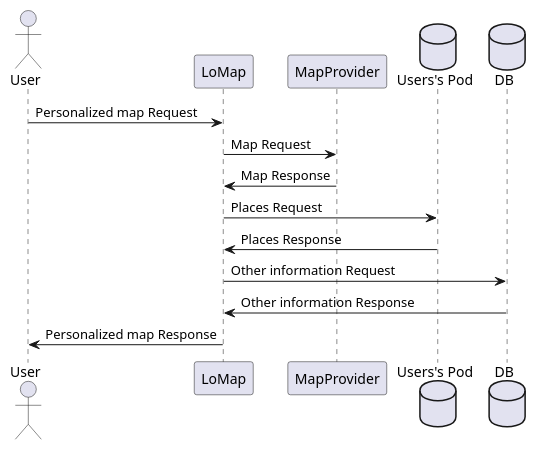
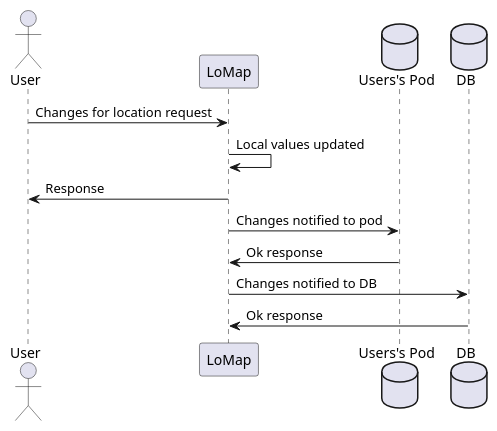
Before and after one commit to Arquisoft/lomap_es1b1: the third of 3 diagrams in docs/06_runtime_view.adoc, drawn with PlantUML. The commit also changed other lines of this file and 13 other files, not shown here.

```diff
--- a/docs/06_runtime_view.adoc
+++ b/docs/06_runtime_view.adoc
@@ -23,16 +49,14 @@
-[plantuml,"Sequence diagram 2",png]
+[plantuml,"Sequence diagram 3",png]
 ----
 actor User
 participant LoMap
-participant MapProvider
 database Pod as "Users's Pod"
 database DB
-User -> LoMap: Personalized map Request
-LoMap -> MapProvider: Map Request
-LoMap  <- MapProvider: Map Response
-LoMap -> Pod: Places Request
-LoMap <- Pod: Places Response
-LoMap -> DB: Other information Request
-LoMap <- DB: Other information Response
-User <- LoMap: Personalized map Response
+User -> LoMap: Changes for location request
+LoMap-> LoMap: Local values updated
+User <- LoMap: Response
+LoMap-> Pod: Changes notified to pod
+LoMap<- Pod: Ok response
+LoMap-> DB: Changes notified to DB
+LoMap<- DB: Ok response
 ----
```
